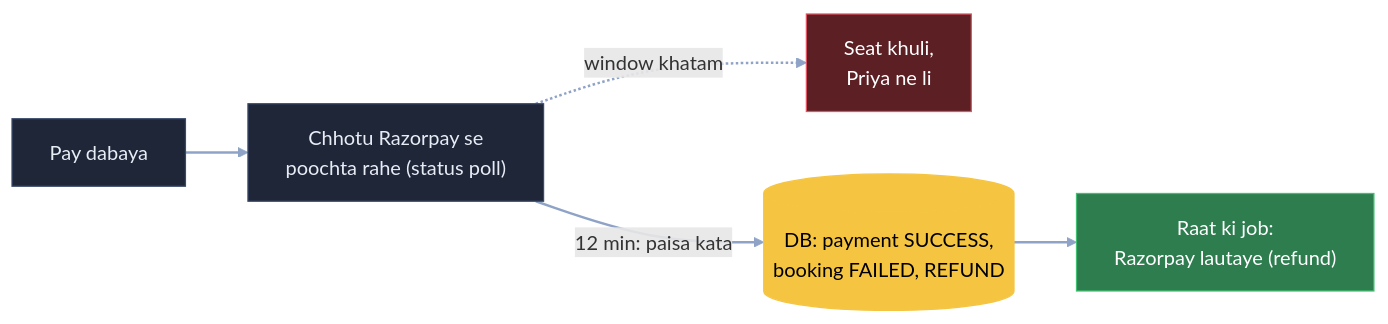
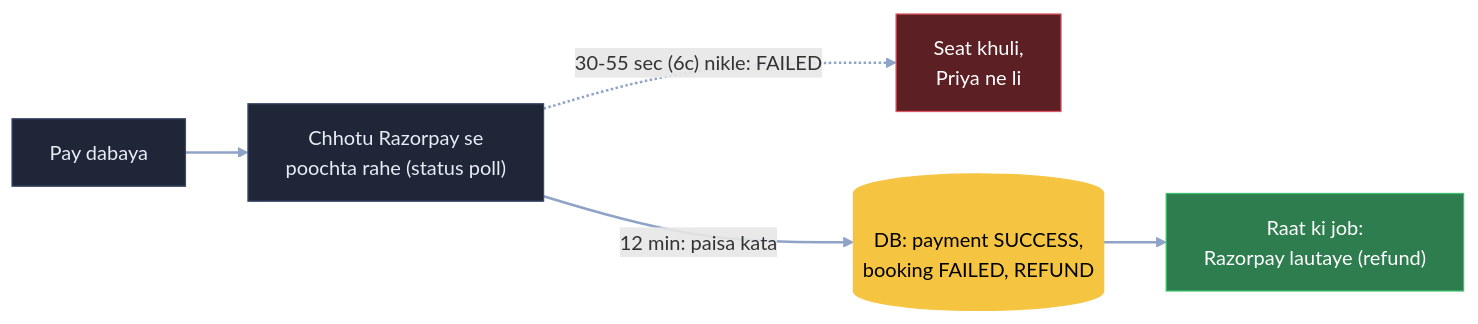
One commit to ArpanMaheshwari144/Prep changed the ninth of 11 diagrams in 04_HLD/SYSTEM_DESIGNS/09_bookmyshow/09_bookmyshow.md. Above: the diagram before and after it, drawn with Mermaid. The commit also changed other lines of this file and 4 other files, not shown here.

Commit message:
HLD audit 06-11: BMS 6e (30-55 sec ghadi se seat chhooti, parchi ki umar nahi), Payment 11 diagram (naa = kata hi nahi) + 11b hawala saaf, Cache 5 sync job ka teer

````diff
--- a/04_HLD/SYSTEM_DESIGNS/09_bookmyshow/09_bookmyshow.md
+++ b/04_HLD/SYSTEM_DESIGNS/09_bookmyshow/09_bookmyshow.md
@@ -324,12 +325,12 @@
 ```mermaid
 flowchart LR
     P["Pay dabaya"]:::card --> C["Chhotu Razorpay se<br/>poochta rahe (status poll)"]:::card
-    C -. "window khatam" .-> W["Seat khuli,<br/>Priya ne li"]:::bad
+    C -. "30-55 sec (6c) nikle: FAILED" .-> W["Seat khuli,<br/>Priya ne li"]:::bad
     C -- "12 min: paisa kata" --> D[("DB: payment SUCCESS,<br/>booking FAILED, REFUND")]:::pill
     D --> N["Raat ki job:<br/>Razorpay lautaye (refund)"]:::good
     linkStyle default stroke:#8fa3c7,stroke-width:2px
     classDef card fill:#1e2638,stroke:#3a4a6b,color:#e8ecf5
     classDef pill fill:#f5c542,stroke:#f5c542,color:#000
     classDef good fill:#2e7d4f,stroke:#3fbf6f,color:#fff
     classDef bad fill:#5c1f24,stroke:#e05561,color:#fff
 ```
````
